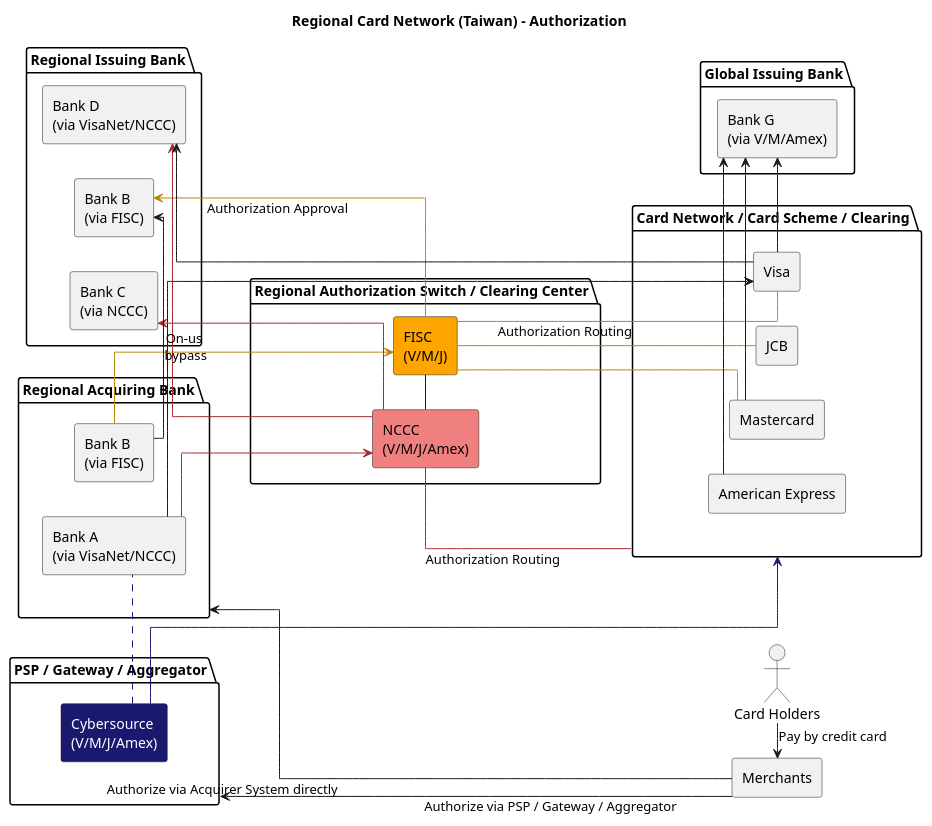
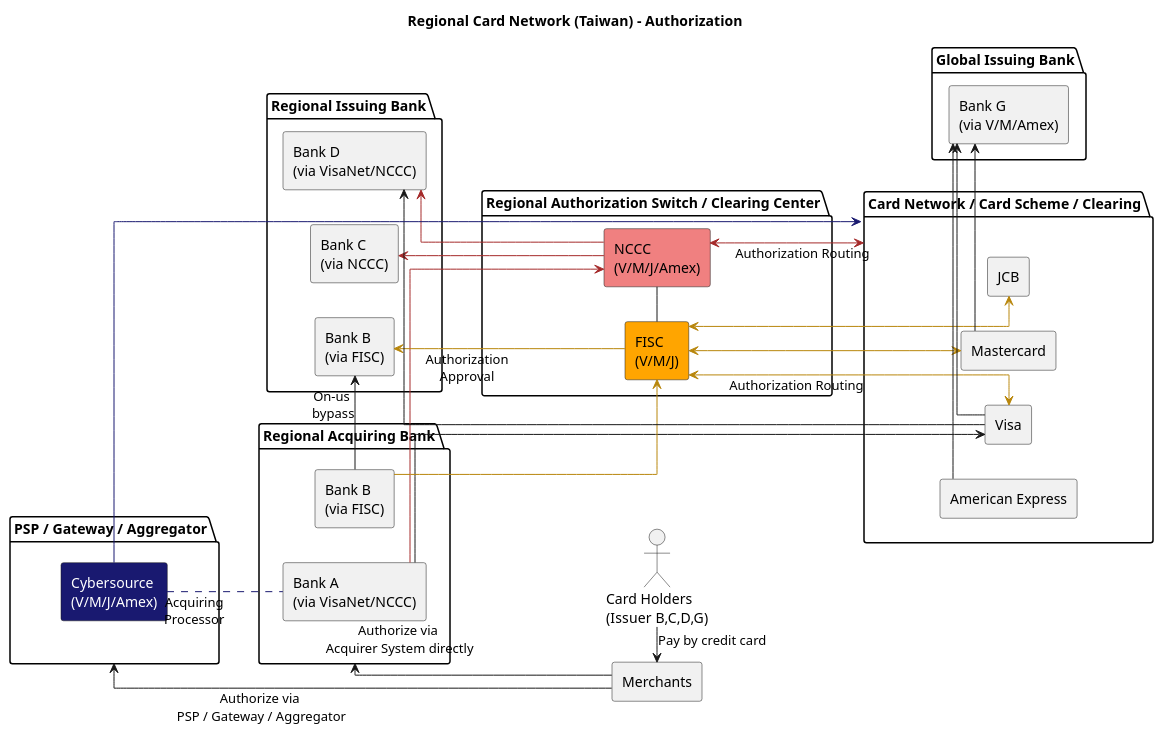
The diagram in payment/local-card-services-authorization.plantuml (yidas/web-service-architectures), drawn with PlantUML before and after one commit.

```diff
--- a/payment/local-card-services-authorization.plantuml
+++ b/payment/local-card-services-authorization.plantuml
@@ -1,68 +1,68 @@
 @startuml
 skinparam linetype polyline
 skinparam linetype ortho
 left to right direction
 
 title "Regional Card Network (Taiwan) - Authorization"
 
-actor "Card Holders" as user
+actor "Card Holders \n(Issuer B,C,D,G)" as user
 agent "Merchants" as merchant
 package "Card Network / Card Scheme / Clearing" as ccnet {
   agent "Visa" as visa
   agent "Mastercard" as mc
   agent "JCB" as jcb
   agent "American Express" as axp
 }
 package "Regional Authorization Switch / Clearing Center" as ccnet_local {
   agent "NCCC \n(V/M/J/Amex)" as nccc #lightcoral
   agent "FISC \n(V/M/J)" as fisc #orange
 }
 package "Global Issuing Bank" as issuer_global {
   agent "Bank G \n(via V/M/Amex)" as issuer_global_a
 }
 package "Regional Issuing Bank" as issuer_local {
   agent "Bank B \n(via FISC)" as issuer_b
   agent "Bank C \n(via NCCC)" as issuer_c
   agent "Bank D \n(via VisaNet/NCCC)" as issuer_d
 }
 package "Regional Acquiring Bank" as acquirer_local {
   agent "Bank A \n(via VisaNet/NCCC)" as acquirer_a
   agent "Bank B \n(via FISC)" as acquirer_b
 }
 package "PSP / Gateway / Aggregator" as aggregator_group {
   agent "<color:white>Cybersource \n<color:white>(V/M/J/Amex)" as aggregator_cybs #midnightBlue
   ' agent "<color:white>Checkout.com" as aggregator_cko #blue
 }
 
 
-merchant -up--> acquirer_local: Authorize via Acquirer System directly
-merchant -up--> aggregator_group: Authorize via PSP / Gateway / Aggregator
+merchant -up-> acquirer_local: Authorize via \nAcquirer System directly\n 
+merchant -up--> aggregator_group: Authorize via \nPSP / Gateway / Aggregator
 
 nccc - fisc
 
-nccc --[#brown] ccnet: Authorization Routing
-fisc --[#darkGoldenRod] visa: Authorization Routing
-fisc --[#darkGoldenRod] mc
-fisc -[#darkGoldenRod] jcb
+nccc <--[#brown]> ccnet: Authorization Routing
+fisc <--[#darkGoldenRod]> visa: Authorization Routing
+fisc <--[#darkGoldenRod]> mc
+fisc <-[#darkGoldenRod]> jcb
 
 acquirer_a -[#brown]> nccc
 acquirer_a -> visa
 acquirer_b -[#darkGoldenRod]> fisc
 
-issuer_b <--[#darkGoldenRod] fisc: Authorization Approval
+issuer_b <--[#darkGoldenRod] fisc: Authorization\nApproval
 issuer_c <--[#brown] nccc
 issuer_d <--[#brown] nccc
 issuer_d <-- visa
 
 acquirer_b -> issuer_b: On-us \nbypass
 
-aggregator_cybs . acquirer_a #midnightBlue
+aggregator_cybs .. acquirer_a #midnightBlue: Acquiring\nProcessor
 aggregator_cybs -> ccnet #midnightBlue
 
 issuer_global_a <-right- visa
 issuer_global_a <-right- mc
 issuer_global_a <-right- axp
 
 
 user -right-> merchant: Pay by credit card 　
 @enduml
```
